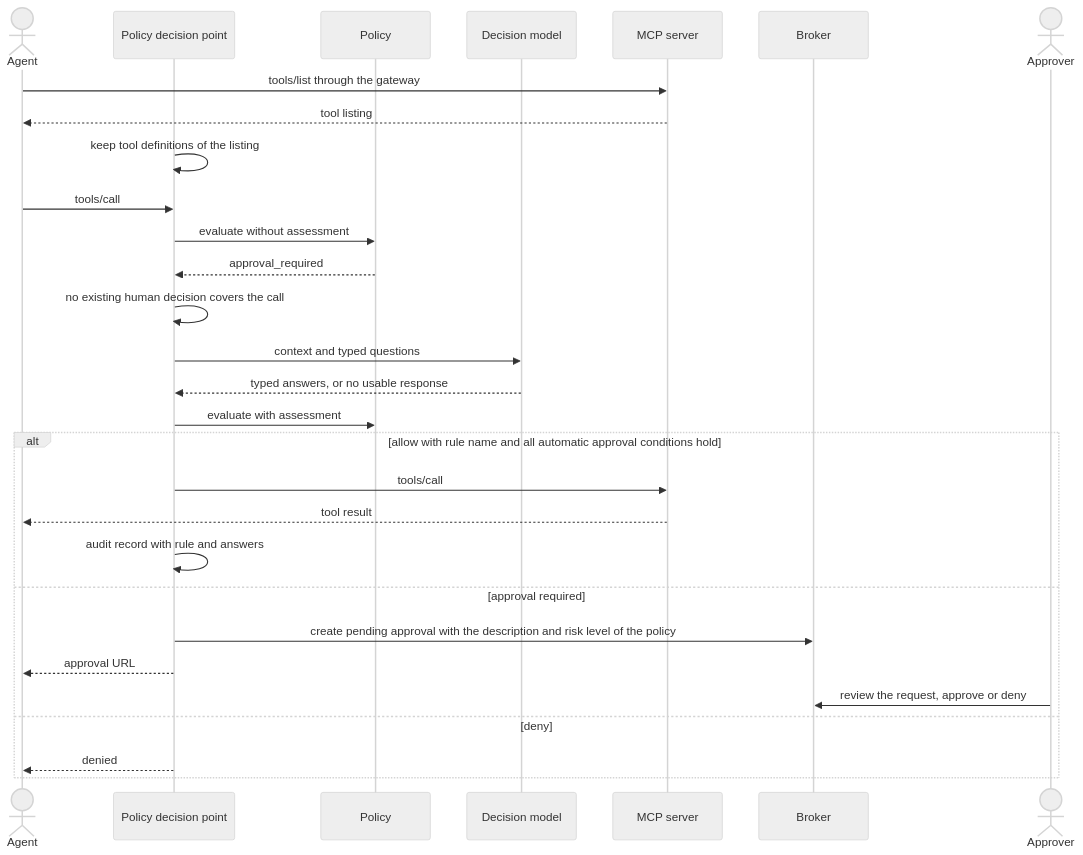
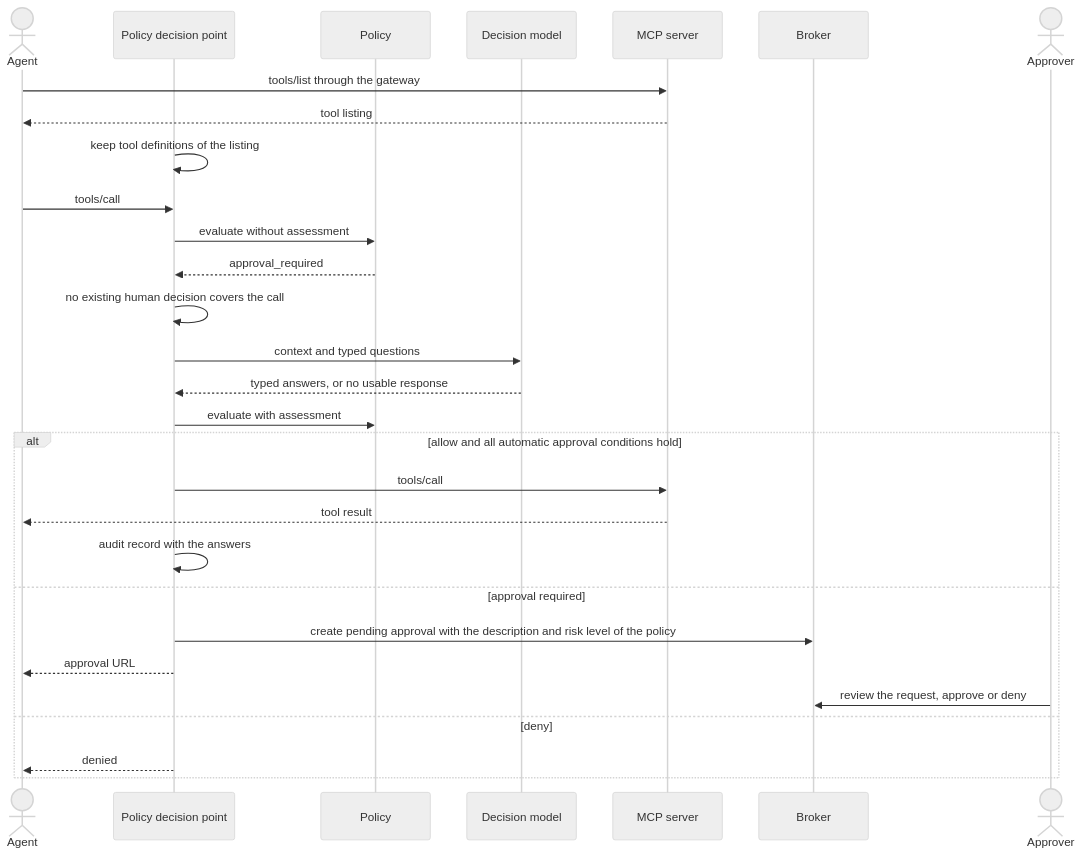
One commit to zalando-incubator/agentic-identity-broker changed the second of 2 diagrams in specs/20261123-194542-decision-model-tool-approvals/spec.md. Above: the diagram before and after it, drawn with Mermaid (neutral theme). The commit also changed other lines of this file and 7 other files, not shown here.

First line of the commit message:
docs(spec): remove the required rule name from the policy result

````diff
--- a/specs/20261123-194542-decision-model-tool-approvals/spec.md
+++ b/specs/20261123-194542-decision-model-tool-approvals/spec.md
@@ -977,32 +968,32 @@
 ```mermaid
 sequenceDiagram
     actor Agent
     participant PDP as Policy decision point
     participant Policy
     participant Model as Decision model
     participant Server as MCP server
     participant Broker
     actor Approver
 
     Agent->>Server: tools/list through the gateway
     Server-->>Agent: tool listing
     PDP->>PDP: keep tool definitions of the listing
     Agent->>PDP: tools/call
     PDP->>Policy: evaluate without assessment
     Policy-->>PDP: approval_required
     PDP->>PDP: no existing human decision covers the call
     PDP->>Model: context and typed questions
     Model-->>PDP: typed answers, or no usable response
     PDP->>Policy: evaluate with assessment
-    alt allow with rule name and all automatic approval conditions hold
+    alt allow and all automatic approval conditions hold
         PDP->>Server: tools/call
         Server-->>Agent: tool result
-        PDP->>PDP: audit record with rule and answers
+        PDP->>PDP: audit record with the answers
     else approval required
         PDP->>Broker: create pending approval with the description and risk level of the policy
         PDP-->>Agent: approval URL
         Approver->>Broker: review the request, approve or deny
     else deny
         PDP-->>Agent: denied
     end
 ```
````
